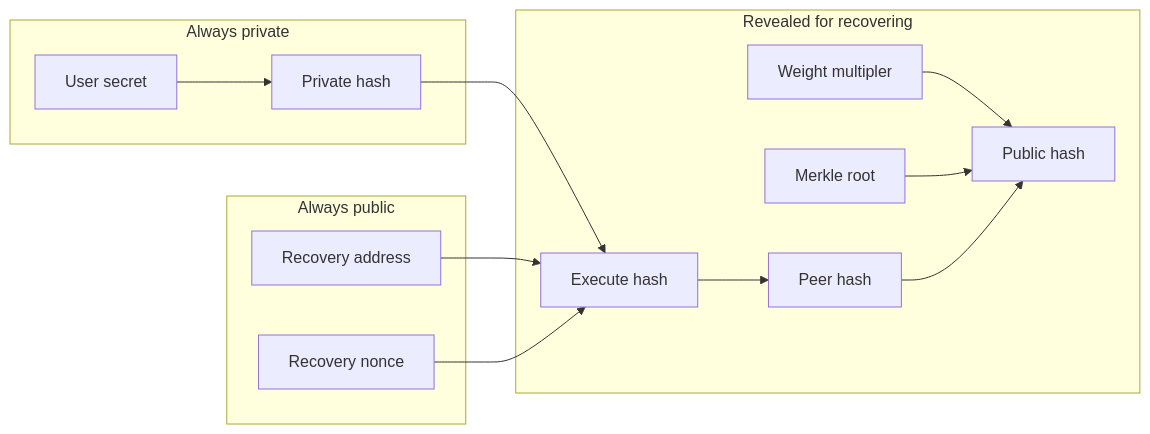
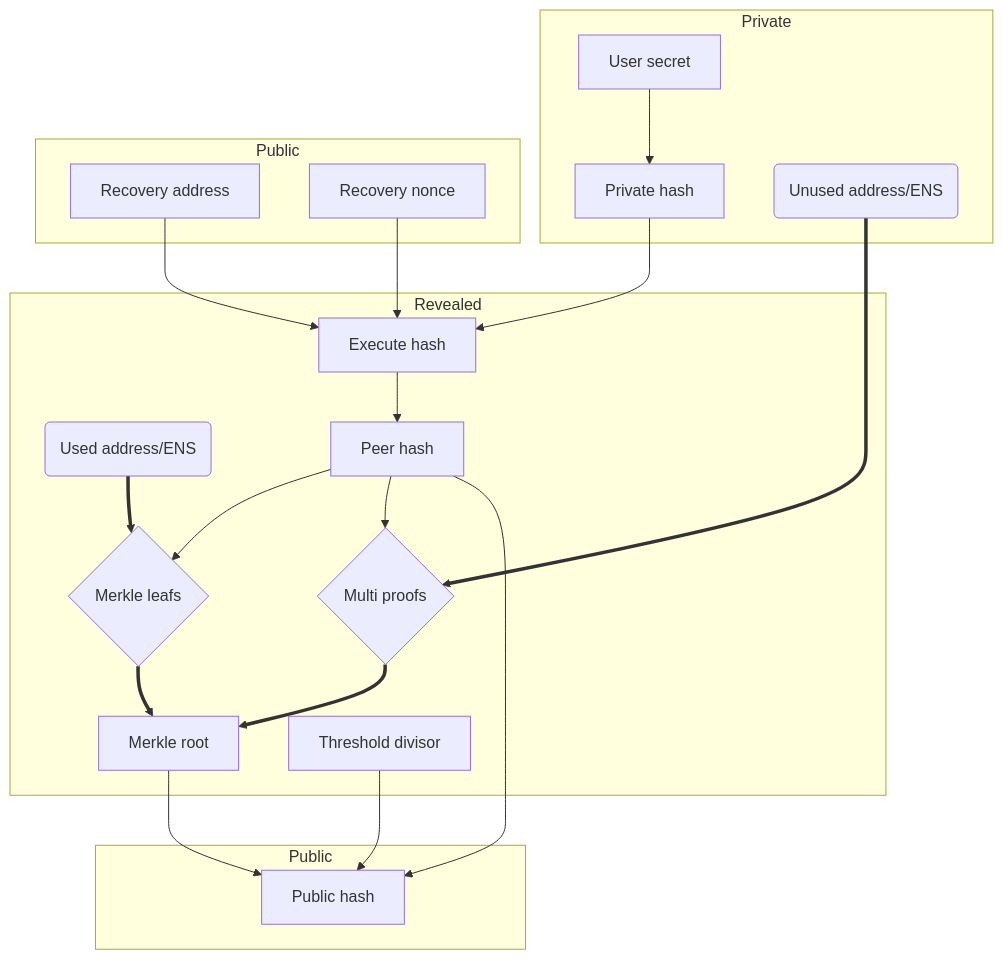
The ninth of 17 diagrams in EIPS/eip-2429.md (ethereum/EIPs), drawn with Mermaid before and after one commit. The commit also changed other lines of this file, not shown here.

Commit message:
make approve hashes unique between guardians

````diff
--- a/EIPS/eip-2429.md
+++ b/EIPS/eip-2429.md
@@ -239,27 +239,42 @@
 ```mermaid
-	graph LR
-        subgraph Always private
+	graph TB
+        subgraph Private
             user_secret_data["User secret"]
             private_hash["Private hash"]
+            hidden_guardians("Unused address/ENS")
         end
-        subgraph Revealed for recovering
+        subgraph Revealed
             hash_to_execute["Execute hash"]
+            merkle_leafs{"Merkle leafs"}
+            merkle_proofs{"Multi proofs"}
             merkle_root["Merkle root"]
-            weight_multipler["Weight multipler"]
-            hash_to_peer["Peer hash"]
-            public_hash["Public hash"]
+            approved_guardians("Used address/ENS")
+            threshold_divisor["Threshold divisor"]
+            hash_to_peer["Peer hash"] 
         end
-        subgraph Always public  
+        subgraph Public  
             recovery_contract["Recovery address"]
             recovery_nonce["Recovery nonce"]
         end
+        subgraph Public
+            public_hash["Public hash"]
+        end
 
-    user_secret_data --> private_hash; 
-    private_hash --> hash_to_execute; 
-    hash_to_execute --> hash_to_peer; 
-    weight_multipler --> public_hash;
-    merkle_root --> public_hash;
-    hash_to_peer --> public_hash;
-    recovery_contract --> hash_to_execute;
-    recovery_nonce --> hash_to_execute;
+        recovery_contract --> hash_to_execute;
+        recovery_nonce --> hash_to_execute;
+        user_secret_data --> private_hash; 
+        private_hash --> hash_to_execute; 
+        hash_to_execute --> hash_to_peer; 
+
+        hash_to_peer --> merkle_leafs;
+        hash_to_peer --> merkle_proofs;
+
+        approved_guardians ==> merkle_leafs;
+        hidden_guardians ==> merkle_proofs;
+        merkle_proofs ==> merkle_root
+        merkle_leafs ==> merkle_root;
+
+        threshold_divisor --> public_hash;
+        merkle_root --> public_hash;
+        hash_to_peer --> public_hash;
 ```
````
